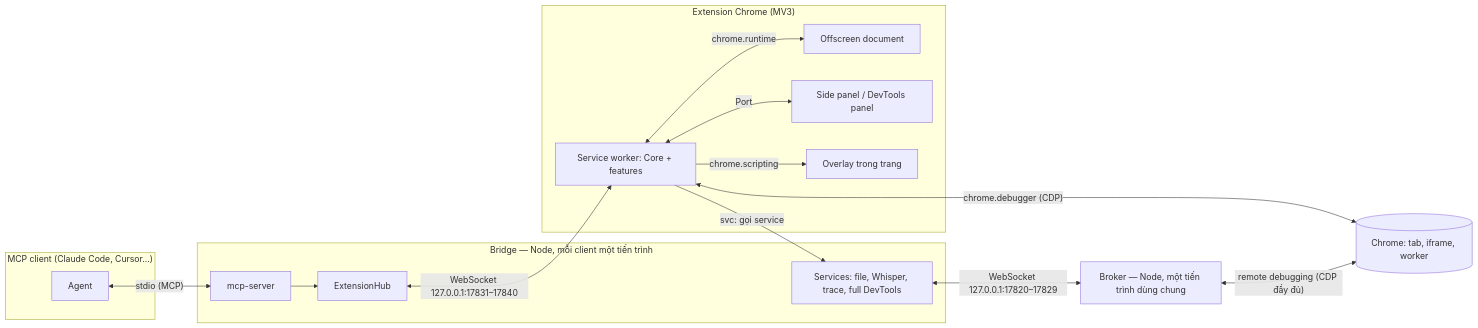
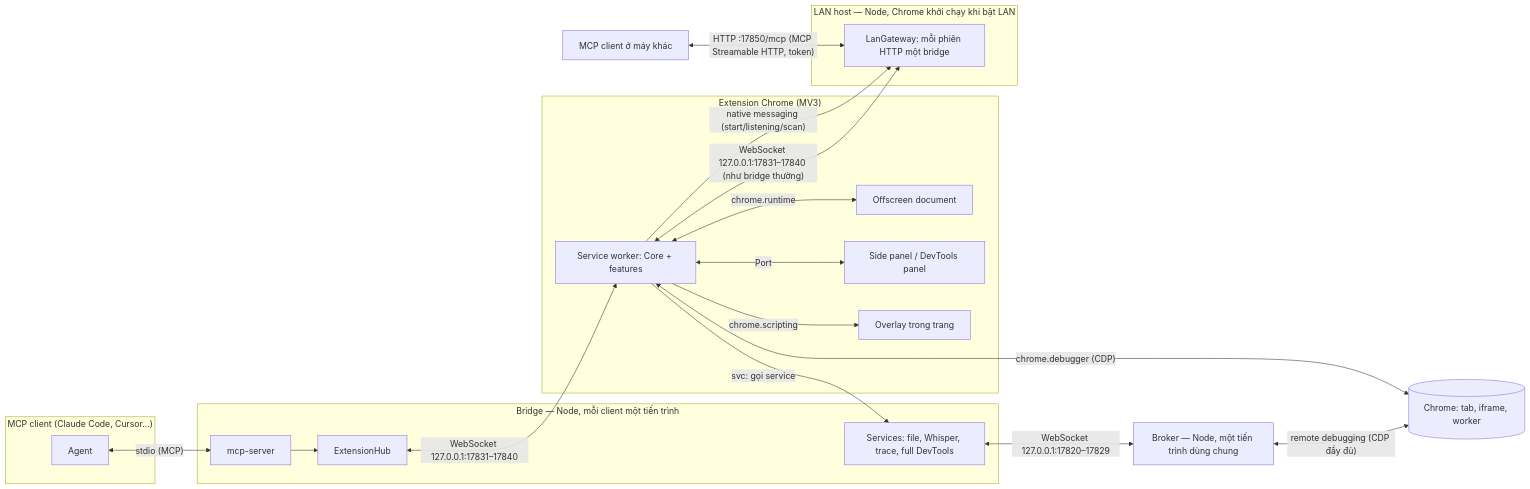
One commit to shibeedev/kyte-webmcp changed the first of 4 diagrams in architecture.md. Above: the diagram before and after it, drawn with Mermaid. The commit also changed other lines of this file and 28 other files, not shown here.

````diff
--- a/architecture.md
+++ b/architecture.md
@@ -9,30 +9,37 @@
 ```mermaid
 flowchart LR
     subgraph Client["MCP client (Claude Code, Cursor…)"]
       C[Agent]
     end
     subgraph Bridge["Bridge — Node, mỗi client một tiến trình"]
       MS[mcp-server]
       HUB[ExtensionHub]
       SV[Services: file, Whisper, trace, full DevTools]
     end
     subgraph Ext["Extension Chrome (MV3)"]
       SW[Service worker: Core + features]
       OFF[Offscreen document]
       UI[Side panel / DevTools panel]
       OV[Overlay trong trang]
     end
     BR[Broker — Node, một tiến trình dùng chung]
     CH[(Chrome: tab, iframe, worker)]
+    subgraph Lan["LAN host — Node, Chrome khởi chạy khi bật LAN"]
+      GW[LanGateway: mỗi phiên HTTP một bridge]
+    end
+    RC["MCP client ở máy khác"]
 
     C <-- "stdio (MCP)" --> MS
+    RC <-- "HTTP :17850/mcp (MCP Streamable HTTP, token)" --> GW
+    SW -- "native messaging (start/listening/scan)" --> GW
+    GW <-- "WebSocket 127.0.0.1:17831–17840 (như bridge thường)" --> SW
     MS --> HUB
     HUB <-- "WebSocket 127.0.0.1:17831–17840" --> SW
     SW -- "svc: gọi service" --> SV
     SW <-- "chrome.debugger (CDP)" --> CH
     SW <-- "chrome.runtime" --> OFF
     SW <-- "Port" --> UI
     SW -- "chrome.scripting" --> OV
     SV <-- "WebSocket 127.0.0.1:17820–17829" --> BR
     BR <-- "remote debugging (CDP đầy đủ)" --> CH
 ```
````
